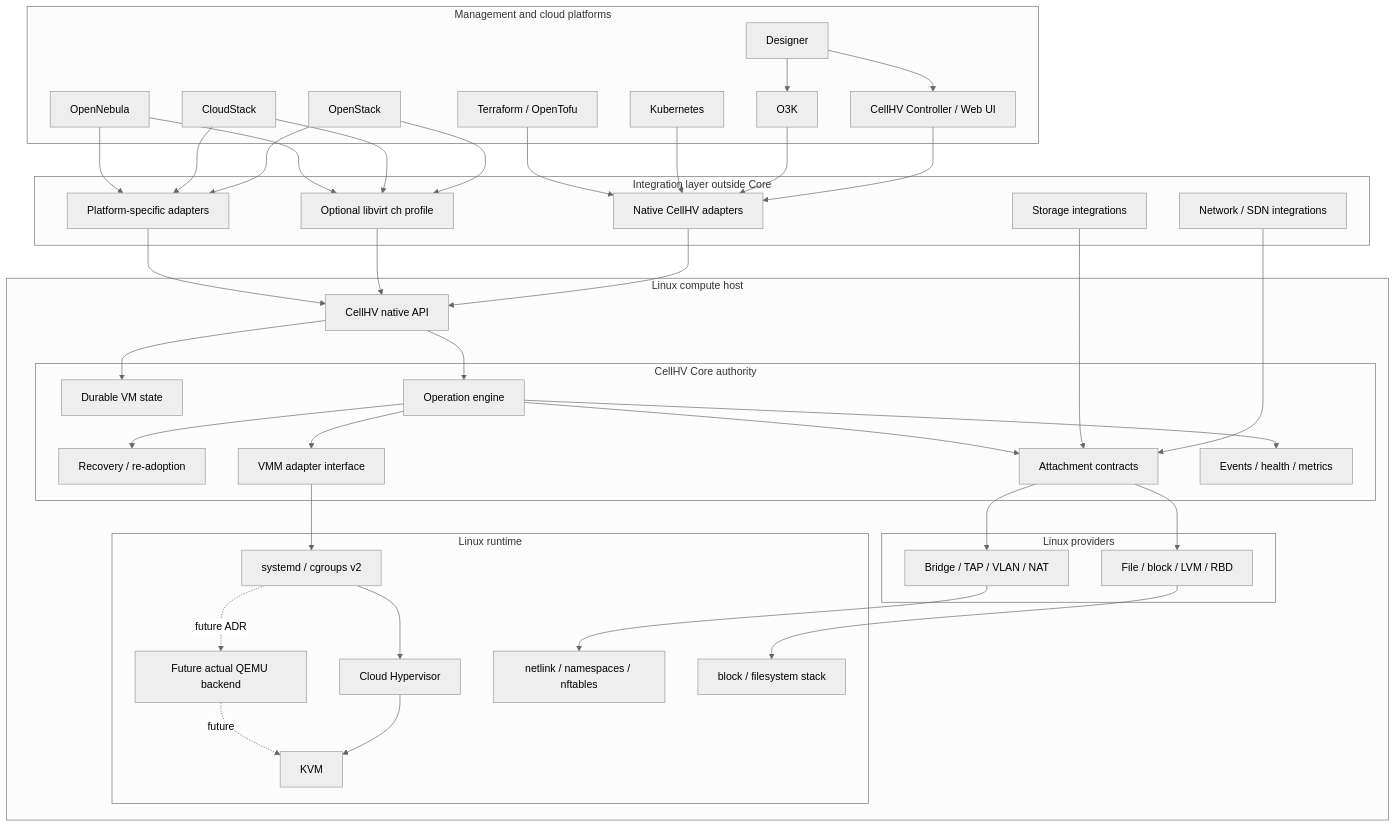
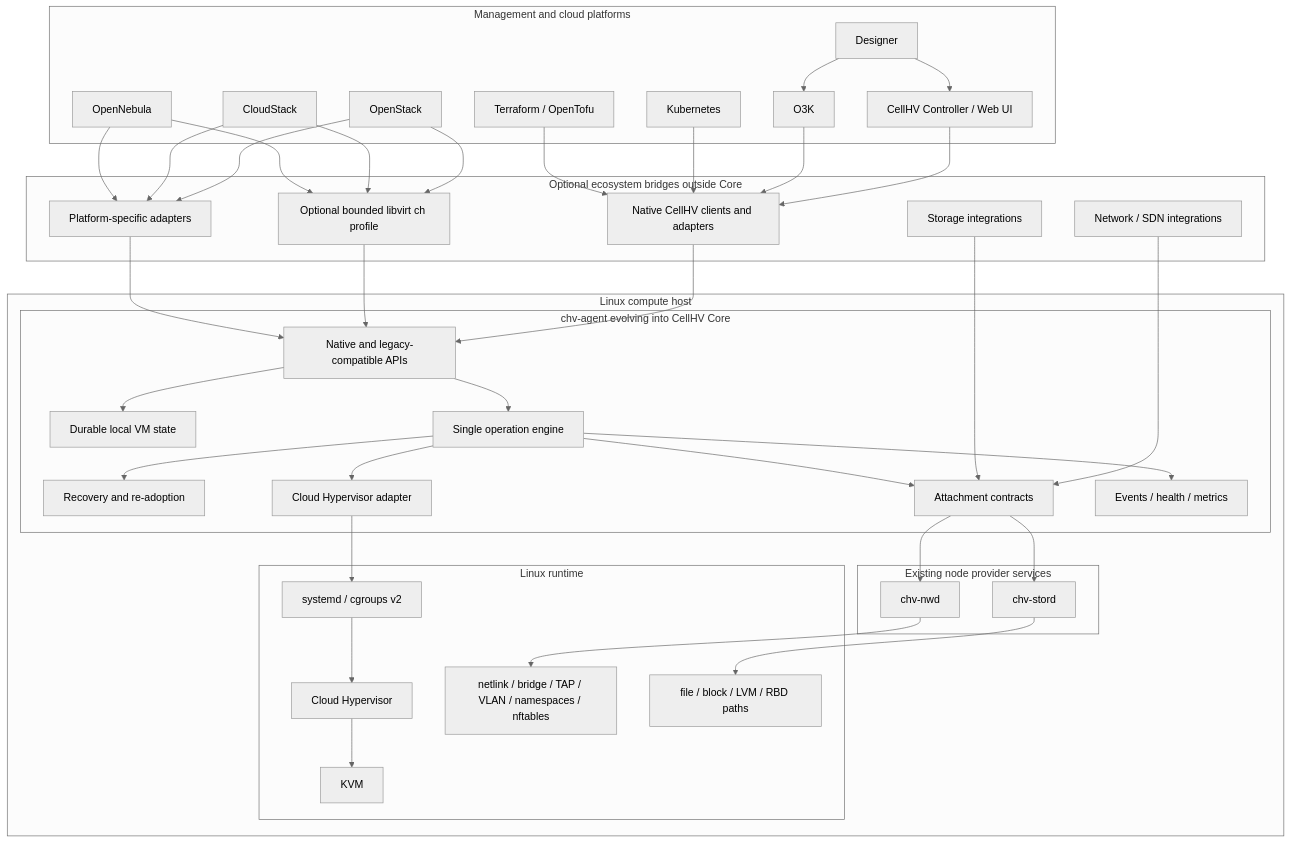
One commit to kubedoio/chv changed the diagram in docs/specs/cellhv-core-foundation-spec.md. Above: the diagram before and after it, drawn with Mermaid (neutral theme). The commit also changed other lines of this file, not shown here.

Commit message:
docs(core): clarify chv-agent evolution and narrow active scope

````diff
--- a/docs/specs/cellhv-core-foundation-spec.md
+++ b/docs/specs/cellhv-core-foundation-spec.md
@@ -90,81 +104,78 @@
 ```mermaid
 flowchart TB
     subgraph Platforms[Management and cloud platforms]
         CTRL[CellHV Controller / Web UI]
         O3K[O3K]
         OS[OpenStack]
         CS[CloudStack]
         ONE[OpenNebula]
         K8S[Kubernetes]
         TF[Terraform / OpenTofu]
         DSGN[Designer]
     end
 
-    subgraph Integration[Integration layer outside Core]
-        NATIVE[Native CellHV adapters]
-        CHLIB[Optional libvirt ch profile]
+    subgraph Bridges[Optional ecosystem bridges outside Core]
+        NATIVE[Native CellHV clients and adapters]
+        CHLIB[Optional bounded libvirt ch profile]
         PADAPT[Platform-specific adapters]
         NETINT[Network / SDN integrations]
         STORINT[Storage integrations]
     end
 
     CTRL --> NATIVE
     O3K --> NATIVE
     K8S --> NATIVE
     TF --> NATIVE
     DSGN --> CTRL
     DSGN --> O3K
     OS --> CHLIB
     OS --> PADAPT
     CS --> CHLIB
     CS --> PADAPT
     ONE --> CHLIB
     ONE --> PADAPT
 
     subgraph Host[Linux compute host]
-        API[CellHV native API]
-        subgraph Core[CellHV Core authority]
-            STATE[Durable VM state]
-            OPS[Operation engine]
-            REC[Recovery / re-adoption]
-            VMM[VMM adapter interface]
+        subgraph Agent[chv-agent evolving into CellHV Core]
+            API[Native and legacy-compatible APIs]
+            STATE[Durable local VM state]
+            OPS[Single operation engine]
+            REC[Recovery and re-adoption]
+            VMM[Cloud Hypervisor adapter]
             ATT[Attachment contracts]
             EVT[Events / health / metrics]
         end
 
-        subgraph Providers[Linux providers]
-            NET[Bridge / TAP / VLAN / NAT]
-            STOR[File / block / LVM / RBD]
+        subgraph ExistingProviders[Existing node provider services]
+            NWD[chv-nwd]
+            STORD[chv-stord]
         end
 
-        subgraph Runtime[Linux runtime]
+        subgraph Linux[Linux runtime]
             SYSTEMD[systemd / cgroups v2]
             CH[Cloud Hypervisor]
-            QEMU[Future actual QEMU backend]
             KVM[KVM]
-            NL[netlink / namespaces / nftables]
-            BLOCK[block / filesystem stack]
+            NET[netlink / bridge / TAP / VLAN / namespaces / nftables]
+            BLOCK[file / block / LVM / RBD paths]
         end
 
         NATIVE --> API
         CHLIB --> API
         PADAPT --> API
         NETINT --> ATT
         STORINT --> ATT
         API --> STATE
         API --> OPS
         OPS --> REC
         OPS --> VMM
         OPS --> ATT
         OPS --> EVT
         VMM --> SYSTEMD
         SYSTEMD --> CH
-        SYSTEMD -. future ADR .-> QEMU
         CH --> KVM
-        QEMU -. future .-> KVM
-        ATT --> NET
-        ATT --> STOR
-        NET --> NL
-        STOR --> BLOCK
+        ATT --> NWD
+        ATT --> STORD
+        NWD --> NET
+        STORD --> BLOCK
     end
 ```
````
